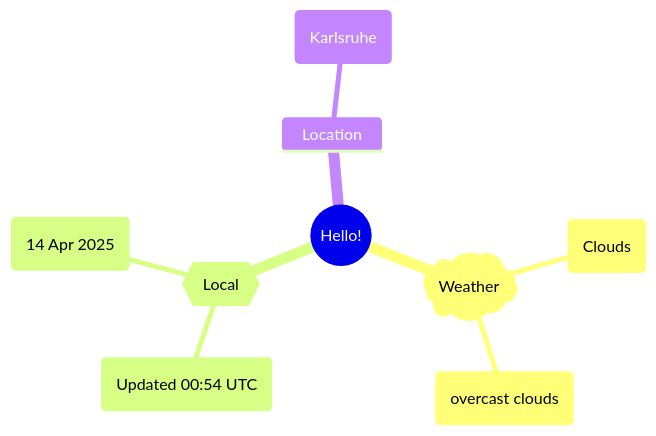
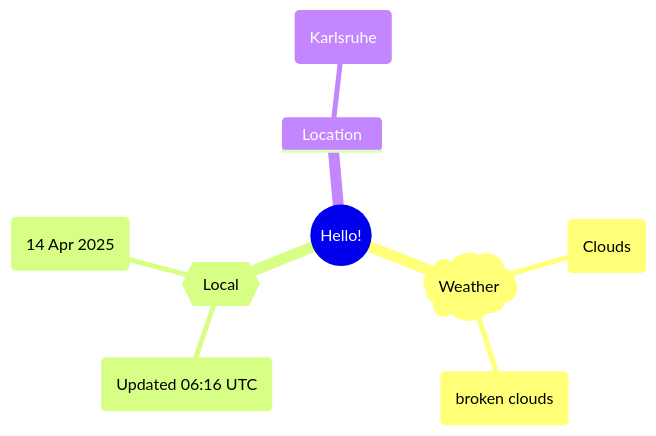
Before and after one commit to Xosrov/Xosrov: the first of 2 diagrams in README.md, drawn with Mermaid.

Commit message:
[bot] updated images

````diff
--- a/README.md
+++ b/README.md
@@ -3,12 +3,12 @@
 ```mermaid
 mindmap
   root((Hello!))
     )Weather(
         (Clouds)
-        (overcast clouds)
+        (broken clouds)
     {{Local}}
-        (Updated 00:54 UTC)
+        (Updated 06:16 UTC)
         (14 Apr 2025)
     Location
         (Karlsruhe)
 ```
````
